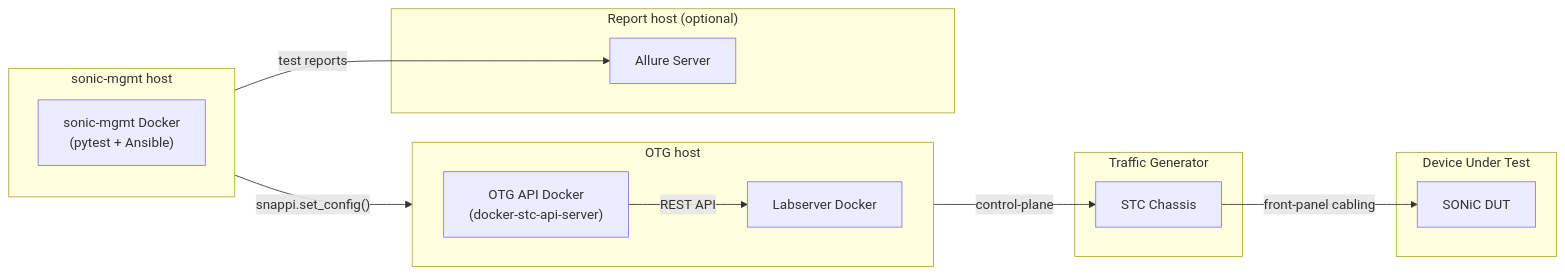
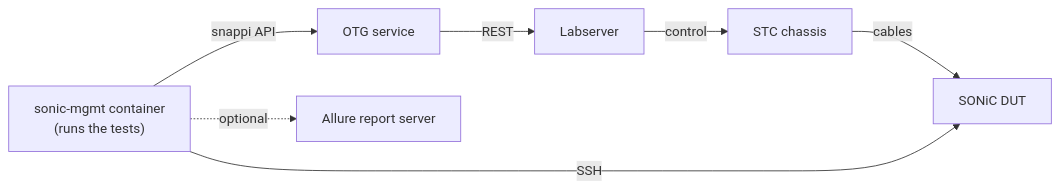
The diagram in container/README.md (Viavi-TestCenter/testcenter-otg-setup), drawn with Mermaid before and after one commit. The commit also changed other lines of this file and 36 other files, not shown here.

First line of the commit message:
run_snappi_test.sh: two-section config, staged run, and safety checks (#20)

````diff
--- a/container/README.md
+++ b/container/README.md
@@ -56,31 +42,9 @@
 ```mermaid
 flowchart LR
-    subgraph PS1["sonic-mgmt host"]
-        direction TB
-        SMG["sonic-mgmt Docker<br/>(pytest + Ansible)"]
-    end
-
-    subgraph PS2["OTG host"]
-        direction LR
-        OTG["OTG API Docker<br/>(docker-stc-api-server)"]
-        Labserver["Labserver Docker"]
-    end
-
-    subgraph PS3["Report host (optional)"]
-        Allure["Allure Server"]
-    end
-
-    subgraph tg["Traffic Generator"]
-        TG["STC Chassis"]
-    end
-
-    subgraph dut["Device Under Test"]
-        DUT["SONiC DUT"]
-    end
-
-    SMG -- "snappi.set_config()" --> OTG
-    SMG -- "test reports" --> Allure
-    OTG -- "REST API" --> Labserver
-    Labserver -- "control-plane" --> TG
-    TG -- "front-panel cabling" --> DUT
+    SMG["sonic-mgmt container<br/>(runs the tests)"] -- "snappi API" --> OTG["OTG service"]
+    OTG -- "REST" --> LS["Labserver"]
+    LS -- "control" --> TG["STC chassis"]
+    TG -- "cables" --> DUT["SONiC DUT"]
+    SMG -- "SSH" --> DUT
+    SMG -. optional .-> Allure["Allure report server"]
 ```
````
